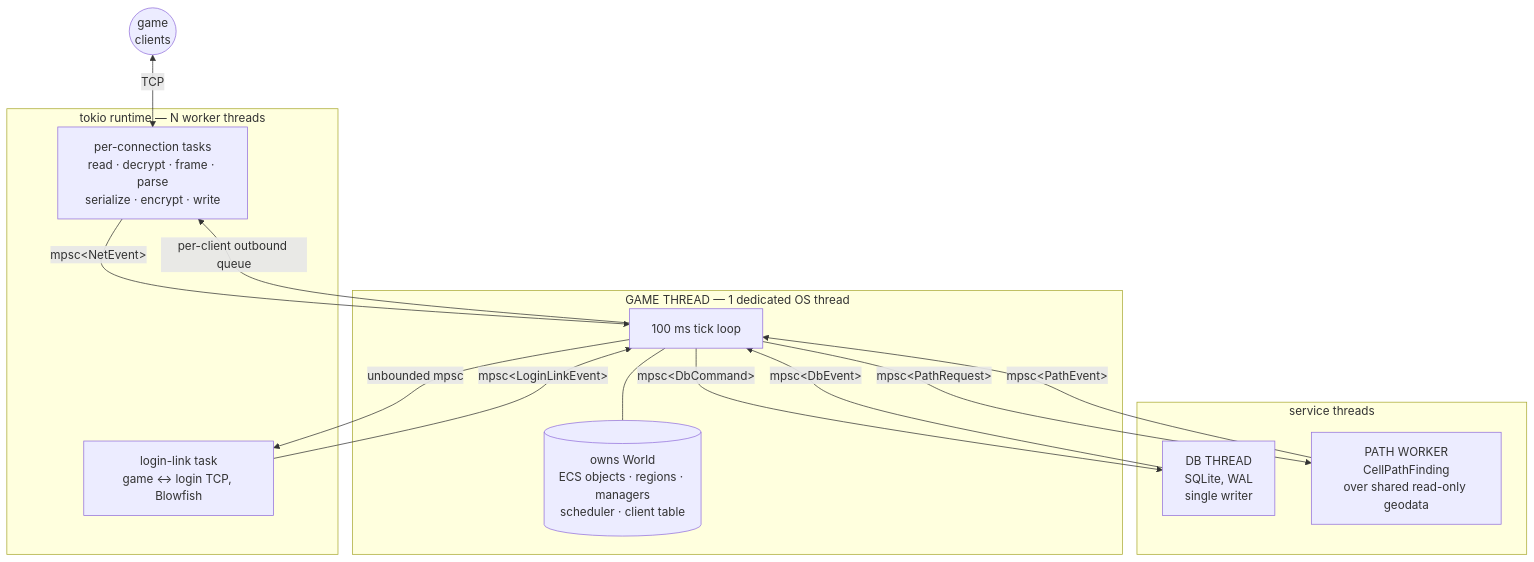
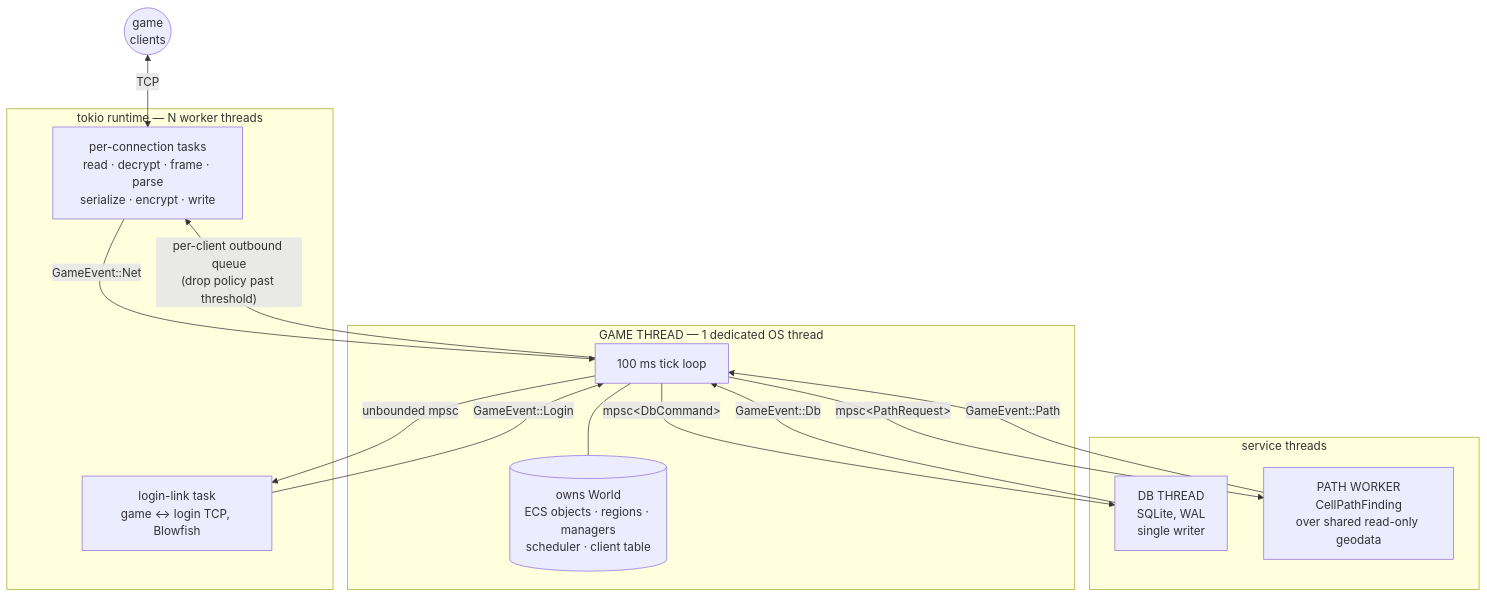
One commit to artemijan/BattleCrab changed the diagram in docs/THREADING_MODEL.md. Above: the diagram before and after it, drawn with Mermaid. The commit also changed other lines of this file and 3 other files, not shown here.

````diff
--- a/docs/THREADING_MODEL.md
+++ b/docs/THREADING_MODEL.md
@@ -21,28 +21,28 @@
 ```mermaid
 flowchart TB
     subgraph net["tokio runtime — N worker threads"]
         conn["per-connection tasks<br/>read · decrypt · frame · parse<br/>serialize · encrypt · write"]
         link["login-link task<br/>game ↔ login TCP, Blowfish"]
     end
 
     subgraph game["GAME THREAD — 1 dedicated OS thread"]
         world[("owns World<br/>ECS objects · regions · managers<br/>scheduler · client table")]
         tickloop["100 ms tick loop"]
     end
 
     subgraph svc["service threads"]
         db["DB THREAD<br/>SQLite, WAL<br/>single writer"]
         path["PATH WORKER<br/>CellPathFinding<br/>over shared read-only geodata"]
     end
 
     clients(("game<br/>clients")) <-->|"TCP"| conn
-    conn -->|"mpsc&lt;NetEvent&gt;"| tickloop
-    tickloop -->|"per-client outbound queue"| conn
-    link -->|"mpsc&lt;LoginLinkEvent&gt;"| tickloop
+    conn -->|"GameEvent::Net"| tickloop
+    tickloop -->|"per-client outbound queue<br/>(drop policy past threshold)"| conn
+    link -->|"GameEvent::Login"| tickloop
     tickloop -->|"unbounded mpsc"| link
     tickloop -->|"mpsc&lt;DbCommand&gt;"| db
-    db -->|"mpsc&lt;DbEvent&gt;"| tickloop
+    db -->|"GameEvent::Db"| tickloop
     tickloop -->|"mpsc&lt;PathRequest&gt;"| path
-    path -->|"mpsc&lt;PathEvent&gt;"| tickloop
+    path -->|"GameEvent::Path"| tickloop
     tickloop --- world
 ```
````
